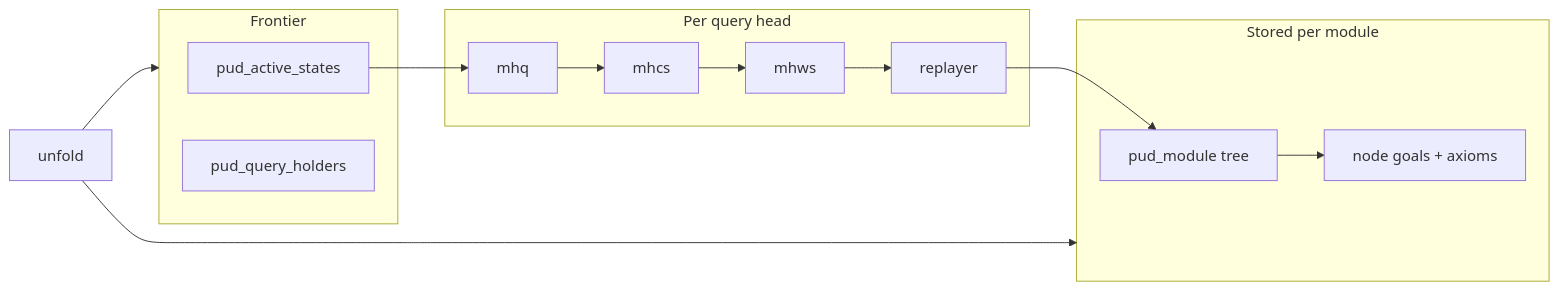
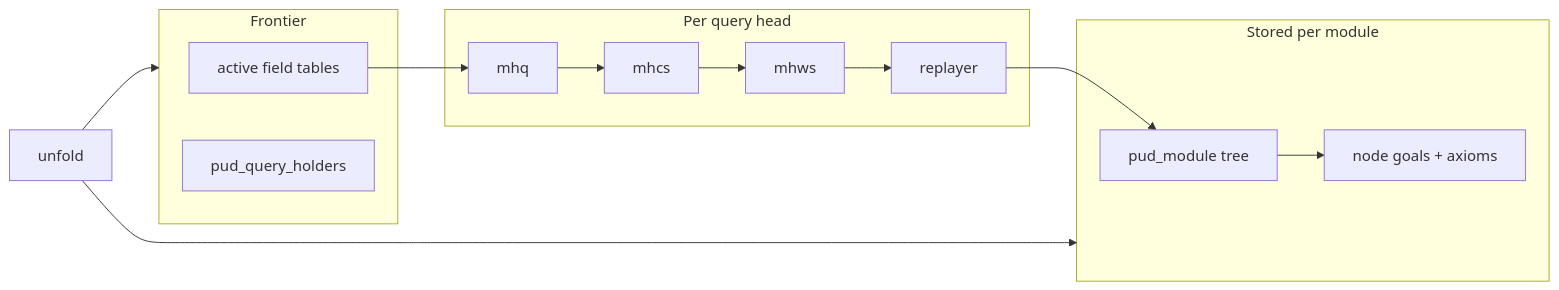
Before and after one commit to team-affix/atlas: the first of 5 diagrams in docs/pud-architecture.md, drawn with Mermaid. The commit also changed other lines of this file and 29 other files, not shown here.

Commit message:
split pud_active_states into one node table per active field

````diff
--- a/docs/pud-architecture.md
+++ b/docs/pud-architecture.md
@@ -13,23 +13,23 @@
 ```mermaid
 flowchart LR
   subgraph stored [Stored per module]
     T[pud_module tree]
     NG[node goals + axioms]
   end
   subgraph live [Frontier]
-    AS[pud_active_states]
+    AS[active field tables]
     QH[pud_query_holders]
   end
   subgraph search [Per query head]
     MHQ[mhq]
     MHCS[mhcs]
     MHWS[mhws]
     RP[replayer]
   end
   T --> NG
   AS --> MHQ
   MHQ --> MHCS --> MHWS --> RP
   RP --> T
   unfold --> live
   unfold --> stored
 ```
````
